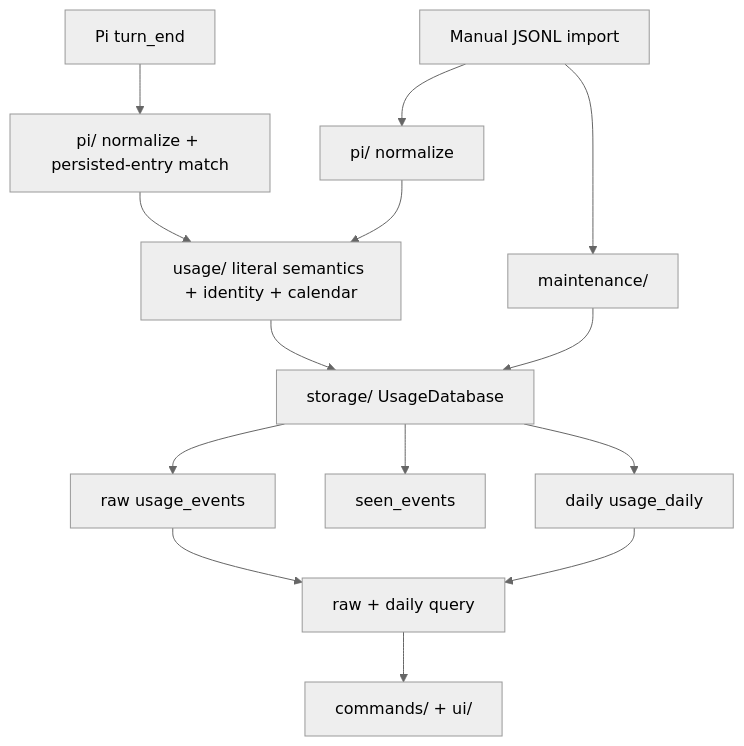
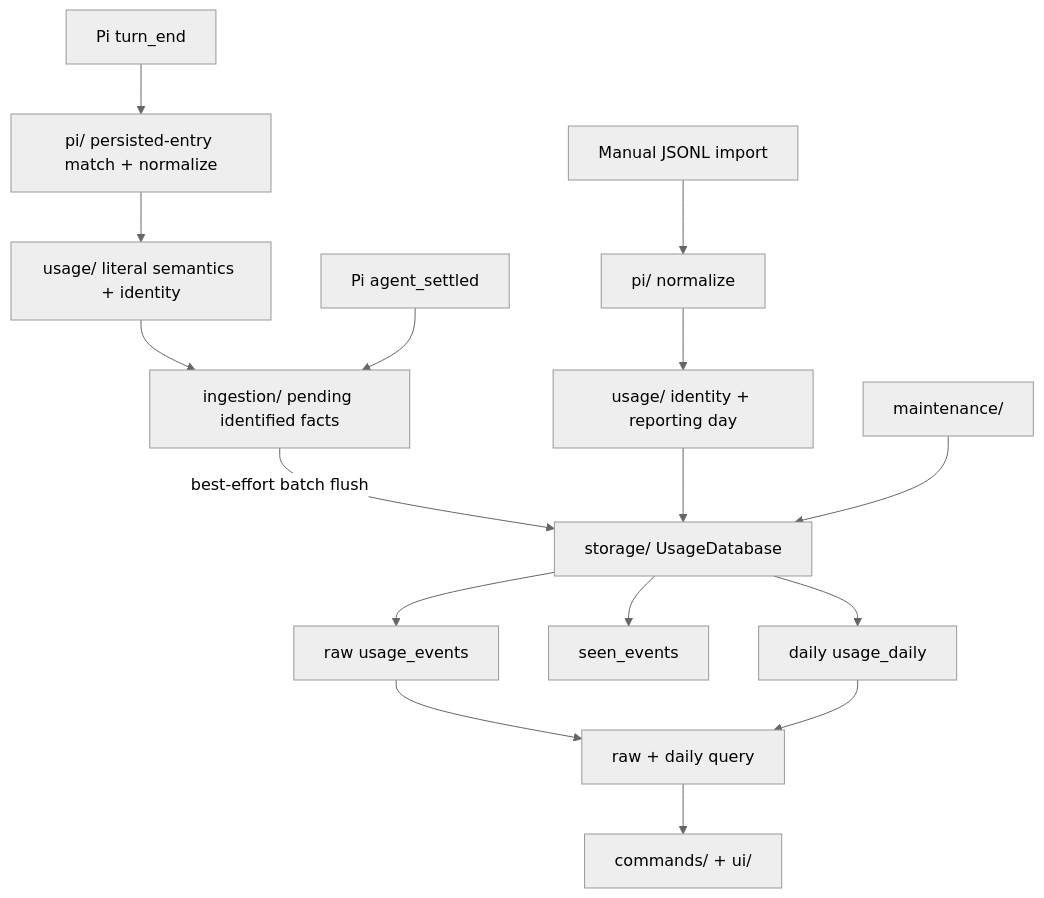
The diagram in .dev/docs/architecture.md (frostime/pi-usage-analytics), drawn with Mermaid (neutral theme) before and after one commit. The commit also changed other lines of this file and 17 other files, not shown here.

````diff
--- a/.dev/docs/architecture.md
+++ b/.dev/docs/architecture.md
@@ -13,16 +13,20 @@
 ```mermaid
 flowchart TD
-    P[Pi turn_end] --> N[pi/ normalize + persisted-entry match]
+    P[Pi turn_end] --> N[pi/ persisted-entry match + normalize]
+    N --> U[usage/ literal semantics + identity]
+    U --> B[ingestion/ pending identified facts]
+    S[Pi agent_settled] --> B
+    B -->|best-effort batch flush| D[storage/ UsageDatabase]
+
     H[Manual JSONL import] --> N2[pi/ normalize]
-    N --> U[usage/ literal semantics + identity + calendar]
-    N2 --> U
-    U --> D[storage/ UsageDatabase]
+    N2 --> U2[usage/ identity + reporting day]
+    U2 --> D
+
     D --> R[raw usage_events]
-    D --> S[seen_events]
+    D --> E[seen_events]
     D --> A[daily usage_daily]
     R --> Q[raw + daily query]
     A --> Q
     Q --> C[commands/ + ui/]
     M[maintenance/] --> D
-    H --> M
 ```
````
